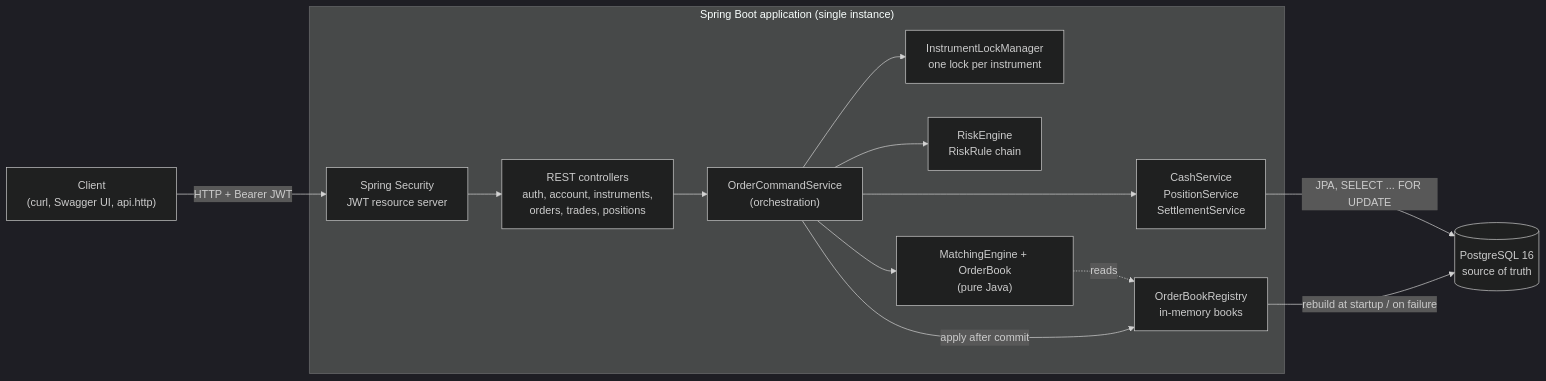
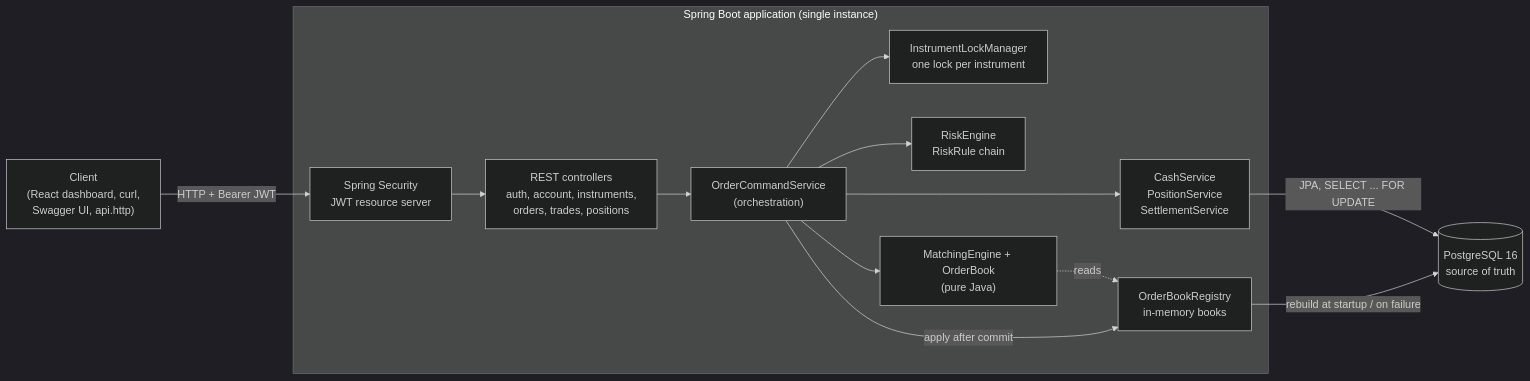
Before and after one commit to a0930928334-jpg/trading-risk-platform: the first of 2 diagrams in README.md, drawn with Mermaid (dark theme). The commit also changed other lines of this file and 1 other file, not shown here.

Commit message:
Document the web dashboard

````diff
--- a/README.md
+++ b/README.md
@@ -46,28 +48,28 @@
 ```mermaid
 flowchart LR
-    client["Client<br/>(curl, Swagger UI, api.http)"]
+    client["Client<br/>(React dashboard, curl,<br/>Swagger UI, api.http)"]
 
     subgraph app["Spring Boot application (single instance)"]
         security["Spring Security<br/>JWT resource server"]
         controllers["REST controllers<br/>auth, account, instruments,<br/>orders, trades, positions"]
         command["OrderCommandService<br/>(orchestration)"]
         locks["InstrumentLockManager<br/>one lock per instrument"]
         risk["RiskEngine<br/>RiskRule chain"]
         engine["MatchingEngine + OrderBook<br/>(pure Java)"]
         registry["OrderBookRegistry<br/>in-memory books"]
         services["CashService<br/>PositionService<br/>SettlementService"]
     end
 
     db[("PostgreSQL 16<br/>source of truth")]
 
     client -->|"HTTP + Bearer JWT"| security --> controllers
     controllers --> command
     command --> locks
     command --> risk
     command --> engine
     engine -. reads .-> registry
     command -->|"apply after commit"| registry
     command --> services
     services -->|"JPA, SELECT ... FOR UPDATE"| db
     registry -->|"rebuild at startup / on failure"| db
 ```
````
